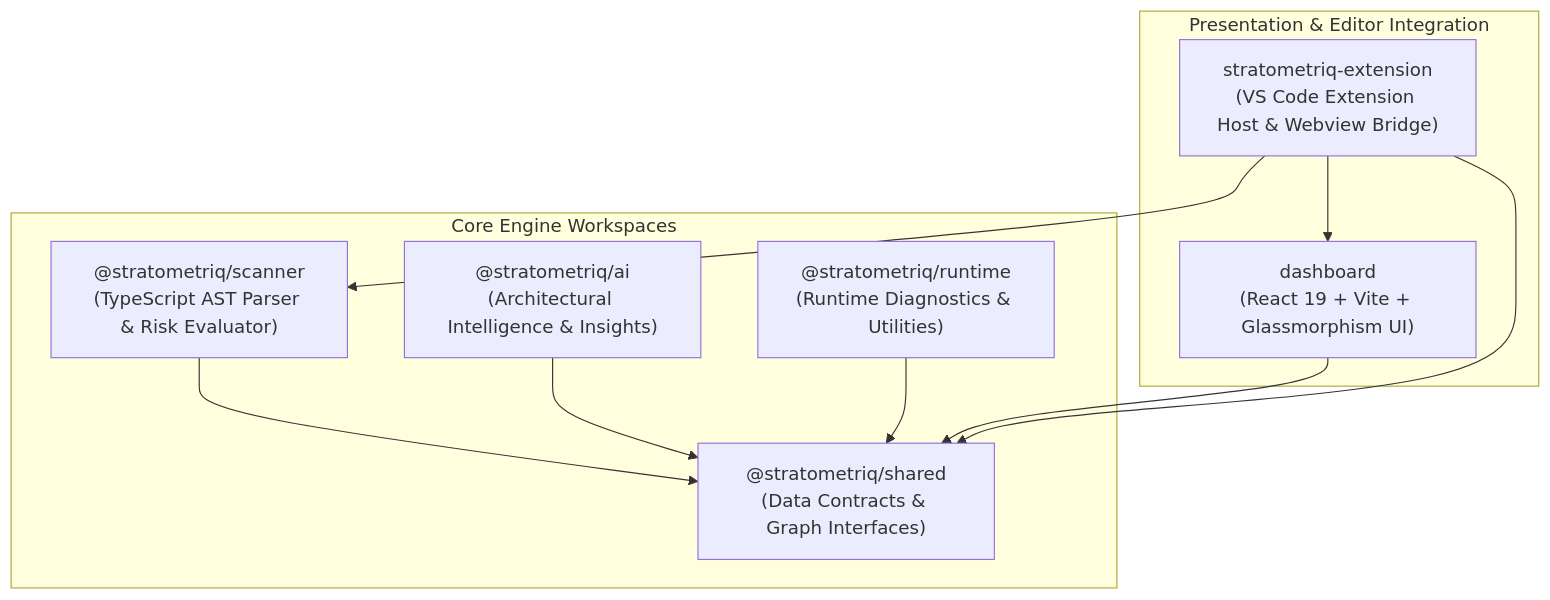
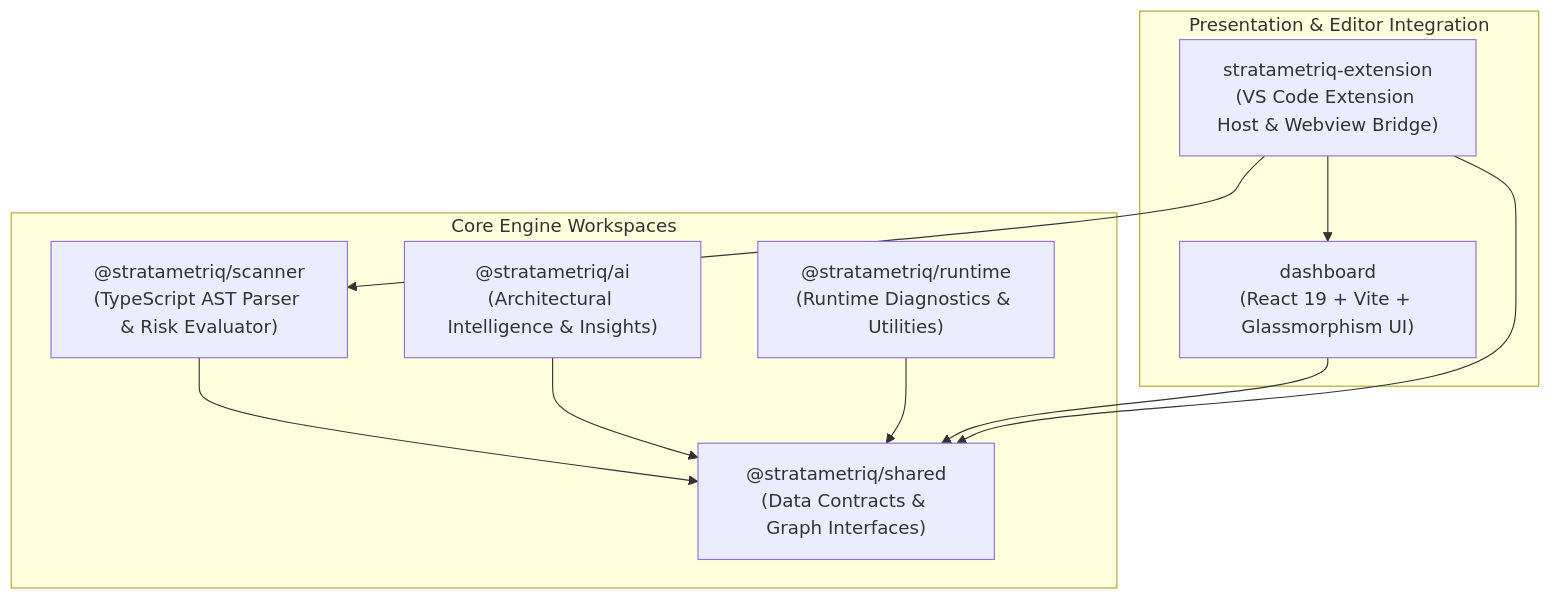
Before and after one commit to aabid-wani/stratametriq: the diagram in documentation.md, drawn with Mermaid. The commit also changed other lines of this file and 32 other files, not shown here.

````diff
--- a/documentation.md
+++ b/documentation.md
@@ -46,22 +46,22 @@
 ```mermaid
 graph TD
     subgraph Core Engine Workspaces
-        SHARED["@stratometriq/shared\n(Data Contracts & Graph Interfaces)"]
-        SCANNER["@stratometriq/scanner\n(TypeScript AST Parser & Risk Evaluator)"]
-        AI["@stratometriq/ai\n(Architectural Intelligence & Insights)"]
-        RUNTIME["@stratometriq/runtime\n(Runtime Diagnostics & Utilities)"]
+        SHARED["@stratametriq/shared\n(Data Contracts & Graph Interfaces)"]
+        SCANNER["@stratametriq/scanner\n(TypeScript AST Parser & Risk Evaluator)"]
+        AI["@stratametriq/ai\n(Architectural Intelligence & Insights)"]
+        RUNTIME["@stratametriq/runtime\n(Runtime Diagnostics & Utilities)"]
     end
 
     subgraph Presentation & Editor Integration
         DASHBOARD["dashboard\n(React 19 + Vite + Glassmorphism UI)"]
-        EXT["stratometriq-extension\n(VS Code Extension Host & Webview Bridge)"]
+        EXT["stratametriq-extension\n(VS Code Extension Host & Webview Bridge)"]
     end
 
     SCANNER --> SHARED
     AI --> SHARED
     RUNTIME --> SHARED
     DASHBOARD --> SHARED
     EXT --> SCANNER
     EXT --> SHARED
     EXT --> DASHBOARD
 ```
````
